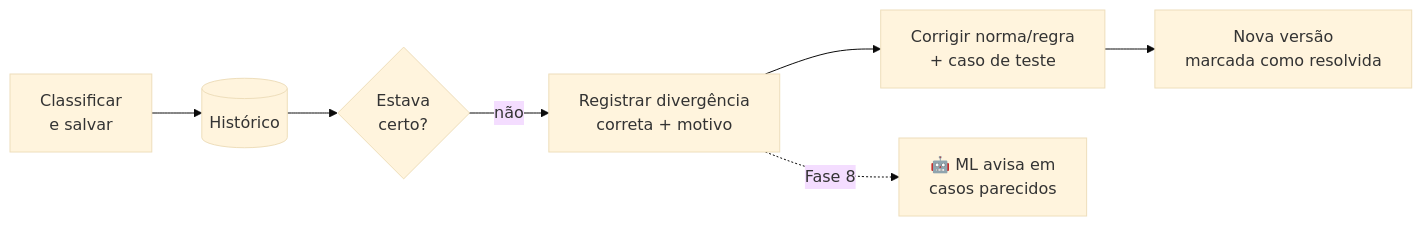
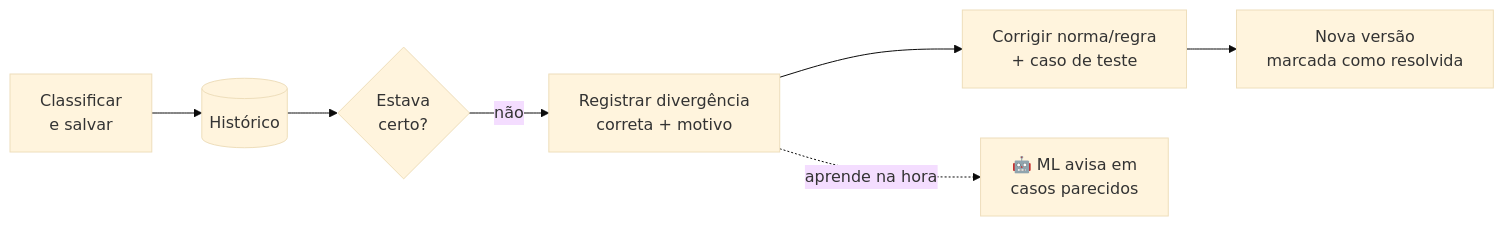
One commit to jcesarmph-ui/SistemaDeClassificacao changed the second of 6 diagrams in README.md. Above: the diagram before and after it, drawn with Mermaid (base theme). The commit also changed other lines of this file and 3 other files, not shown here.

````diff
--- a/README.md
+++ b/README.md
@@ -181,9 +196,9 @@
 ```mermaid
 flowchart LR
     A[Classificar<br/>e salvar] --> B[(Histórico)]
     B --> C{Estava<br/>certo?}
     C -->|não| D[Registrar divergência<br/>correta + motivo]
     D --> E[Corrigir norma/regra<br/>+ caso de teste]
     E --> F[Nova versão<br/>marcada como resolvida]
-    D -.->|Fase 8| G[🤖 ML avisa em<br/>casos parecidos]
+    D -.->|aprende na hora| G[🤖 ML avisa em<br/>casos parecidos]
 ```
````
